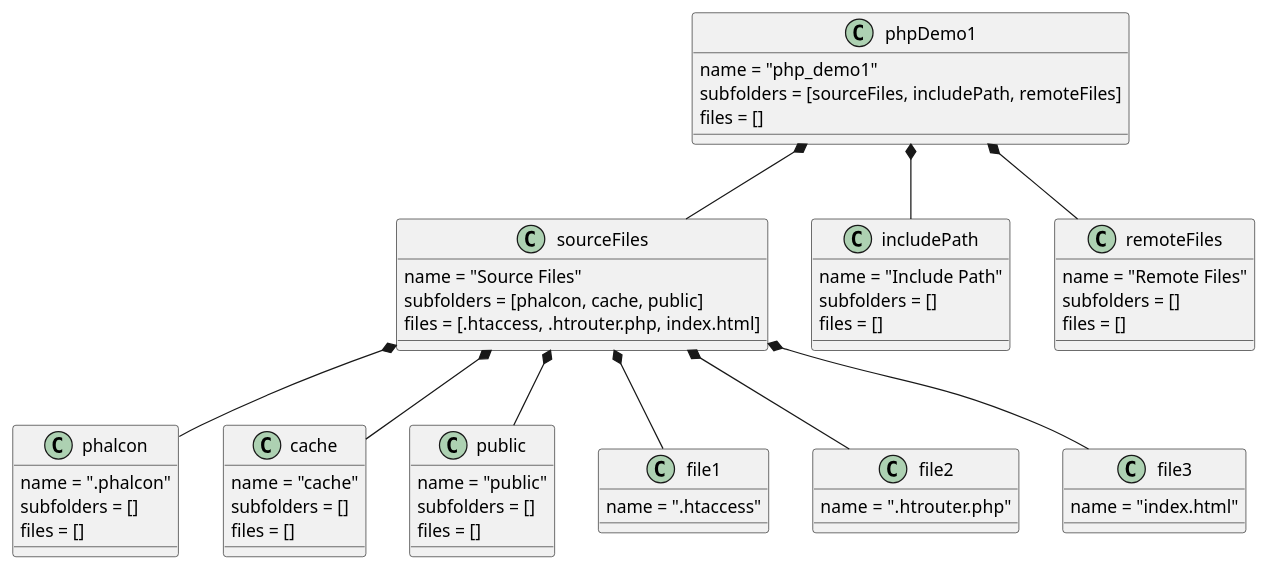
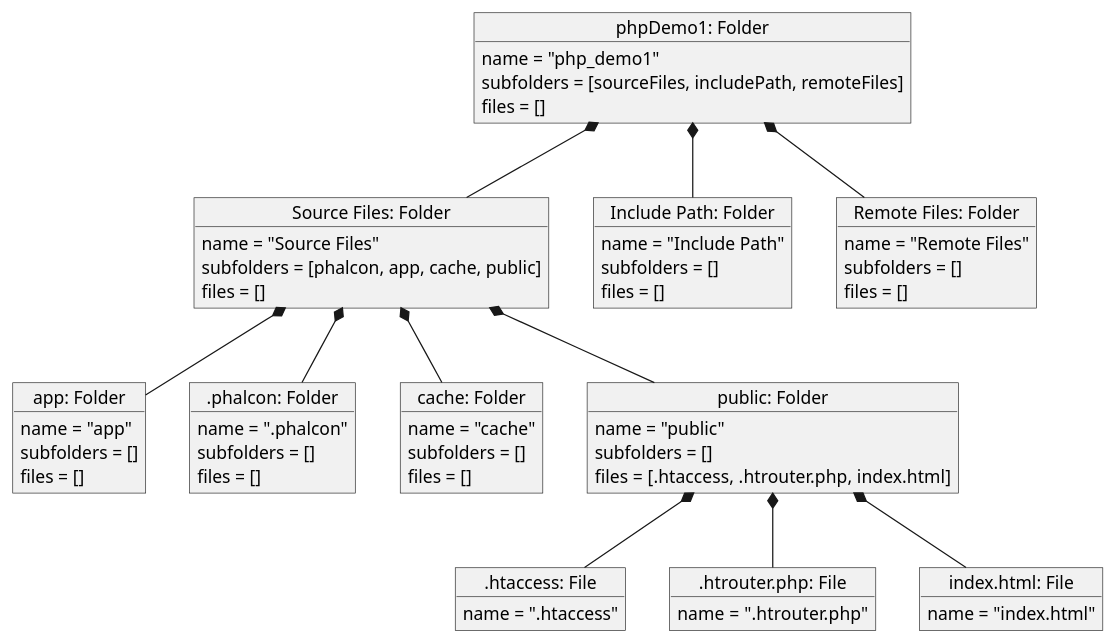
One commit to BrandonTDiep/CS5800_HW changed the diagram in CS5800_HW2/Q2_Composition.puml. Above: the diagram before and after it, drawn with PlantUML. The commit also changed 4 other files, not shown here.

```diff
--- a/CS5800_HW2/Q2_Composition.puml
+++ b/CS5800_HW2/Q2_Composition.puml
@@ -1,66 +1,72 @@
 @startuml
 'https://plantuml.com/object-diagram
 
 
-phpDemo1 *-- sourceFiles
-phpDemo1 *-- includePath
-phpDemo1 *-- remoteFiles
 
-sourceFiles *-- .phalcon
-sourceFiles *-- cache
-sourceFiles *-- public
-
-sourceFiles *-- file1
-sourceFiles *-- file2
-sourceFiles *-- file3
-
-
-object "phpDemo1: Folder" as phpDemo1{
+object "phpDemo1: Folder" as phpDemo1 {
     name = "php_demo1"
     subfolders = [sourceFiles, includePath, remoteFiles]
     files = []
 }
 
-object "sourceFiles: Folder" as sourceFiles{
+object "Source Files: Folder" as sourceFiles{
     name = "Source Files"
-    subfolders = [phalcon, cache, public]
-    files = [.htaccess, .htrouter.php, index.html]
+    subfolders = [phalcon, app, cache, public]
+    files = []
 }
-object "includePath: Folder" as includePath{
+object "Include Path: Folder" as includePath{
     name = "Include Path"
     subfolders = []
     files = []
 }
-object "remoteFiles: Folder" as remoteFiles{
+object "app: Folder" as app{
+    name = "app"
+    subfolders = []
+    files = []
+}
+object "Remote Files: Folder" as remoteFiles{
     name = "Remote Files"
     subfolders = []
     files = []
 }
 
 object ".phalcon: Folder" as .phalcon{
     name = ".phalcon"
     subfolders = []
     files = []
 }
 object "cache: Folder" as cache{
     name = "cache"
     subfolders = []
     files = []
 }
 object "public: Folder" as public{
     name = "public"
     subfolders = []
-    files = []
+    files = [.htaccess, .htrouter.php, index.html]
 }
 
 object ".htaccess: File" as file1{
     name = ".htaccess"
 }
 object ".htrouter.php: File" as file2{
     name = ".htrouter.php"
 }
 object "index.html: File" as file3{
     name = "index.html"
 }
 
+phpDemo1 *-- sourceFiles
+phpDemo1 *-- includePath
+phpDemo1 *-- remoteFiles
+
+sourceFiles *-- .phalcon
+sourceFiles *-- app
+sourceFiles *-- cache
+sourceFiles *-- public
+
+public *-- file1
+public *-- file2
+public *-- file3
+
 @enduml
```
